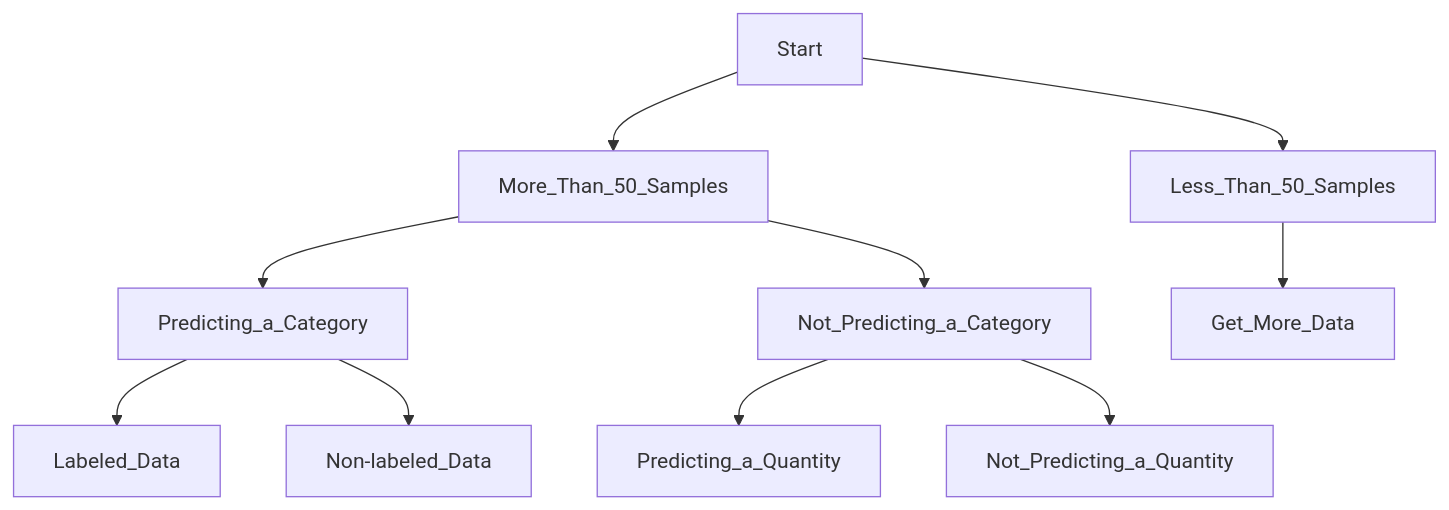
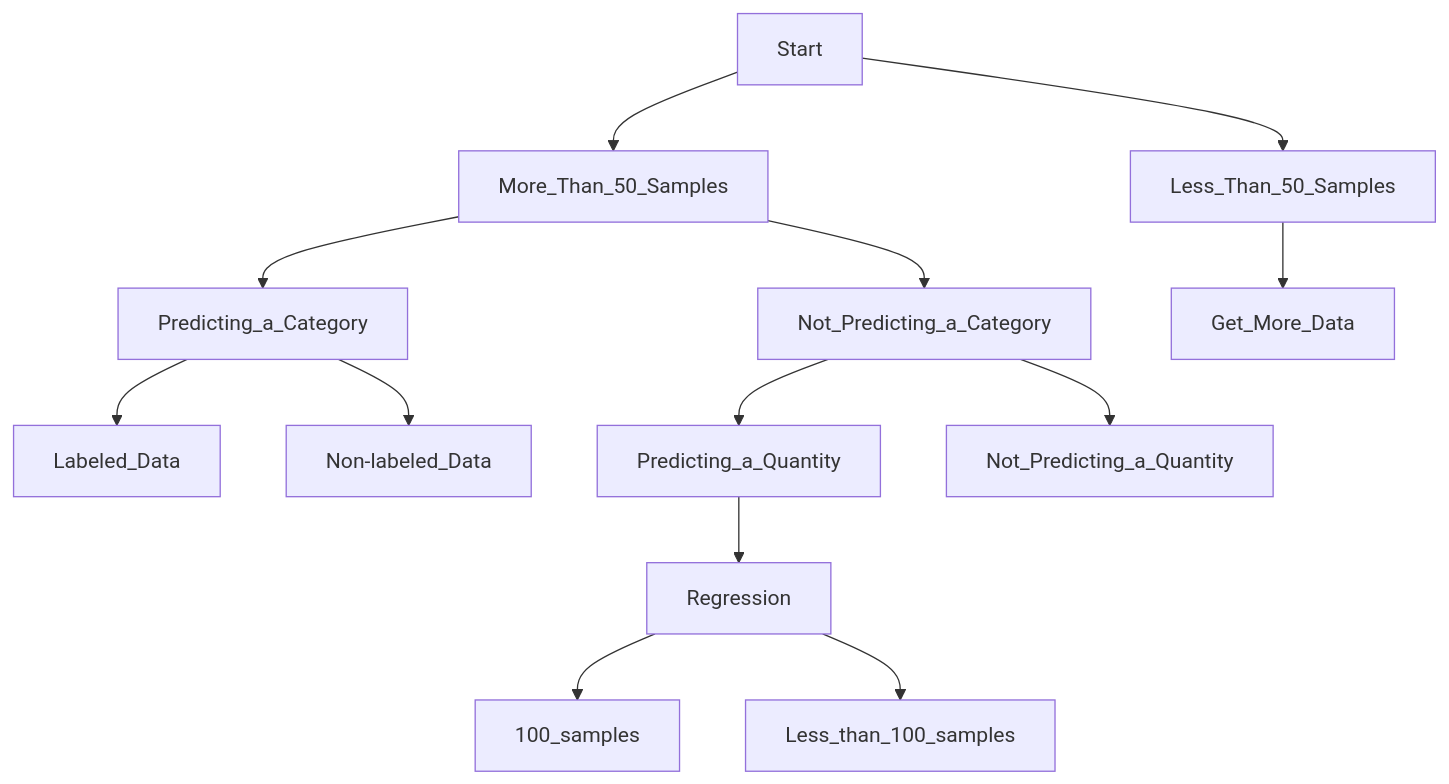
One commit to hwetsman/Public_Notes changed the diagram in ML_Cheatsheet.md. Above: the diagram before and after it, drawn with Mermaid. The commit also changed other lines of this file, not shown here.

Commit message:
Chore: add to cheatsheet

````diff
--- a/ML_Cheatsheet.md
+++ b/ML_Cheatsheet.md
@@ -1,12 +1,15 @@
 ```mermaid
 flowchart TD
   Start --> More_Than_50_Samples
   More_Than_50_Samples --> Predicting_a_Category
   Predicting_a_Category --> Labeled_Data
   Predicting_a_Category --> Non-labeled_Data
   More_Than_50_Samples --> Not_Predicting_a_Category
   Not_Predicting_a_Category --> Predicting_a_Quantity
+  Predicting_a_Quantity --> Regression
+  Regression --> 100_samples
+  Regression --> Less_than_100_samples
   Not_Predicting_a_Category --> Not_Predicting_a_Quantity
   Start --> Less_Than_50_Samples
   Less_Than_50_Samples --> Get_More_Data
 ```
````
